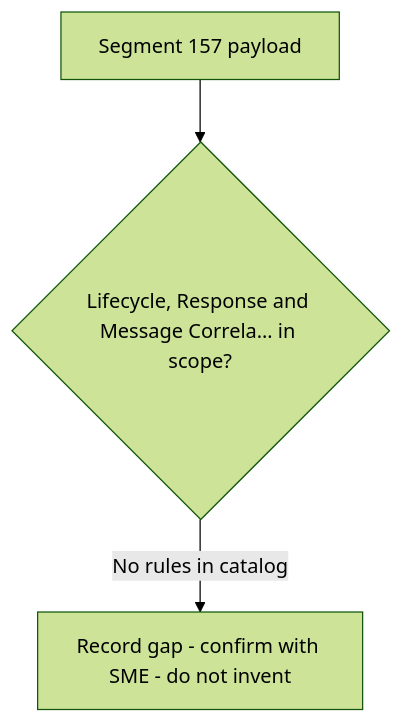
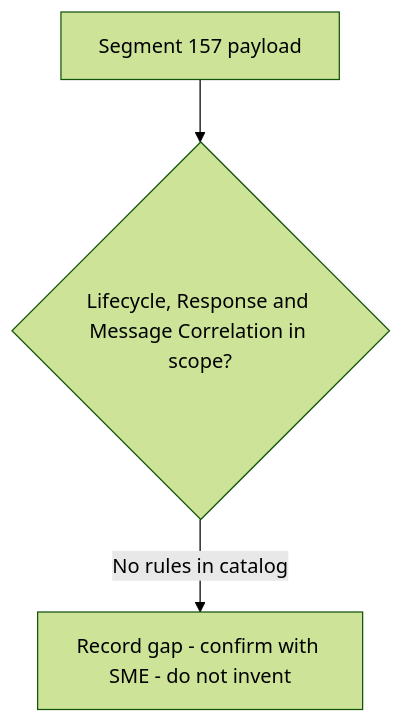
Before and after one commit to DhanSingh-hub/core-auth-ai-validation-framework: the diagram in regression-artifact-validator/specifications/ATL105/docs/specs/kb/segment-157/lifecycle-response-correlation-flow.md, drawn with Mermaid (forest theme). The commit also changed 150 other files, not shown here.

````diff
--- a/regression-artifact-validator/specifications/ATL105/docs/specs/kb/segment-157/lifecycle-response-correlation-flow.md
+++ b/regression-artifact-validator/specifications/ATL105/docs/specs/kb/segment-157/lifecycle-response-correlation-flow.md
@@ -3,5 +3,5 @@
 ```mermaid
 flowchart TD
-    A[Segment 157 payload] --> B{Lifecycle, Response and Message Correla… in scope?}
+    A[Segment 157 payload] --> B{Lifecycle, Response and Message Correlation in scope?}
     B -->|No rules in catalog| G[Record gap - confirm with SME - do not invent]
 ```
````
